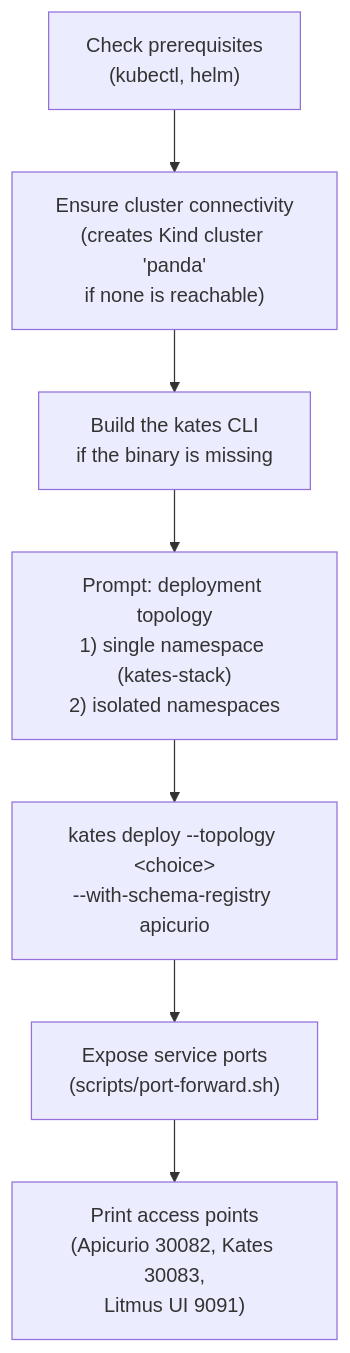
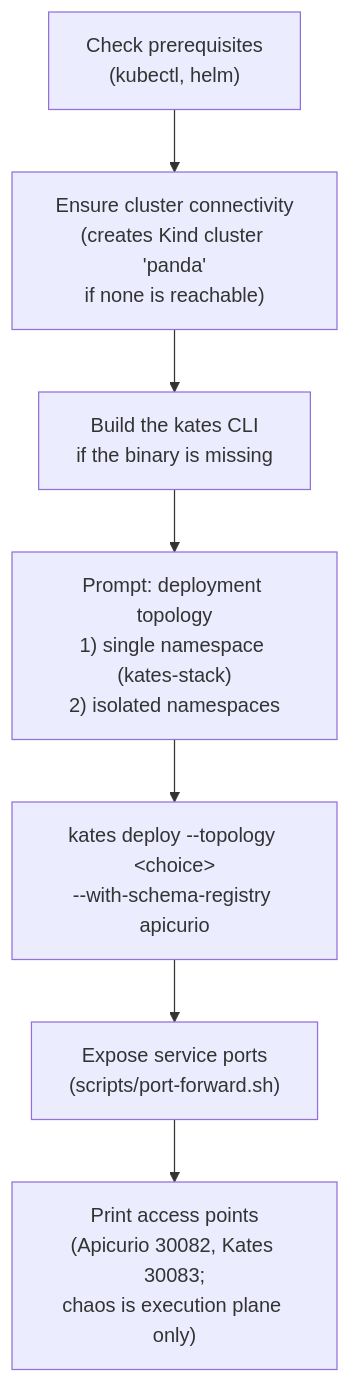
One commit to actions-marketplace-validations/bmscomp_kates changed the second of 3 diagrams in docs/book/12-deployment.md. Above: the diagram before and after it, drawn with Mermaid. The commit also changed other lines of this file and 284 other files, not shown here.

````diff
--- a/docs/book/12-deployment.md
+++ b/docs/book/12-deployment.md
@@ -317,9 +373,9 @@
 ```mermaid
 graph TD
     S1["Check prerequisites<br/>(kubectl, helm)"] --> S2["Ensure cluster connectivity<br/>(creates Kind cluster 'panda'<br/>if none is reachable)"]
     S2 --> S3["Build the kates CLI<br/>if the binary is missing"]
     S3 --> S4["Prompt: deployment topology<br/>1) single namespace (kates-stack)<br/>2) isolated namespaces"]
     S4 --> S5["kates deploy --topology &lt;choice&gt;<br/>--with-schema-registry apicurio"]
     S5 --> S6["Expose service ports<br/>(scripts/port-forward.sh)"]
-    S6 --> S7["Print access points<br/>(Apicurio 30082, Kates 30083,<br/>Litmus UI 9091)"]
+    S6 --> S7["Print access points<br/>(Apicurio 30082, Kates 30083;<br/>chaos is execution plane only)"]
 ```
````
